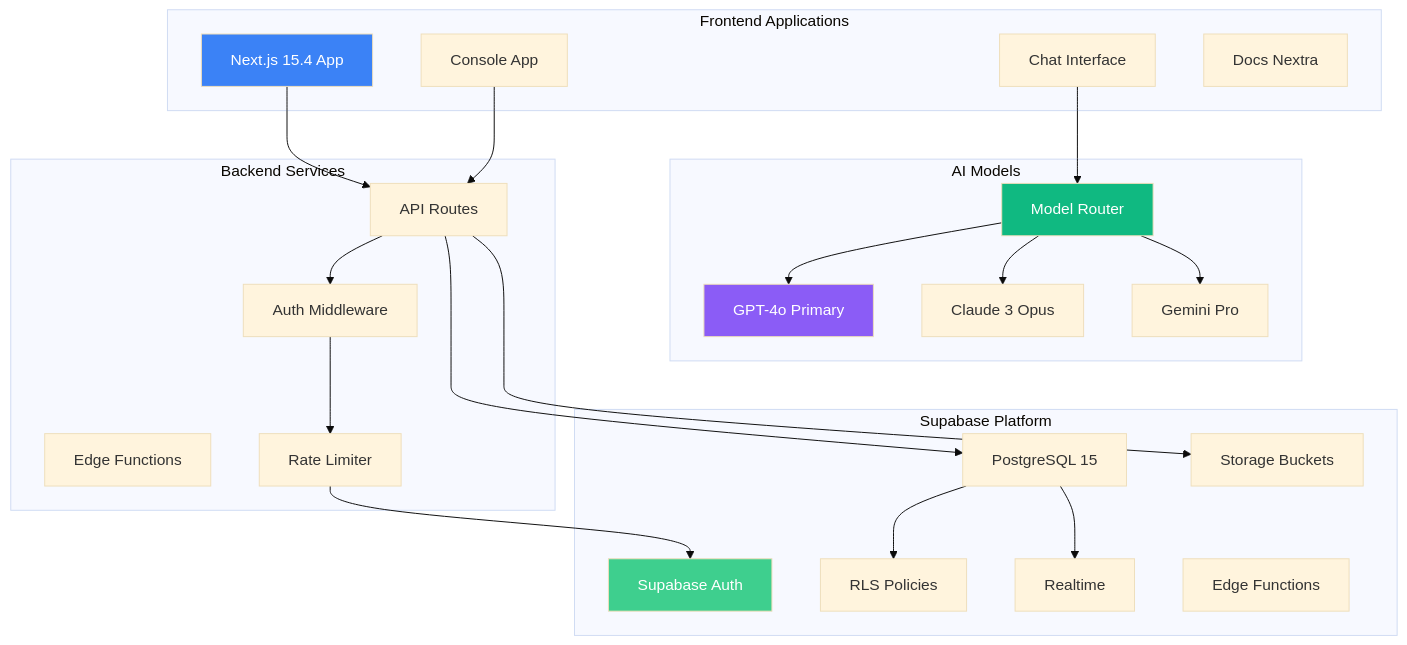
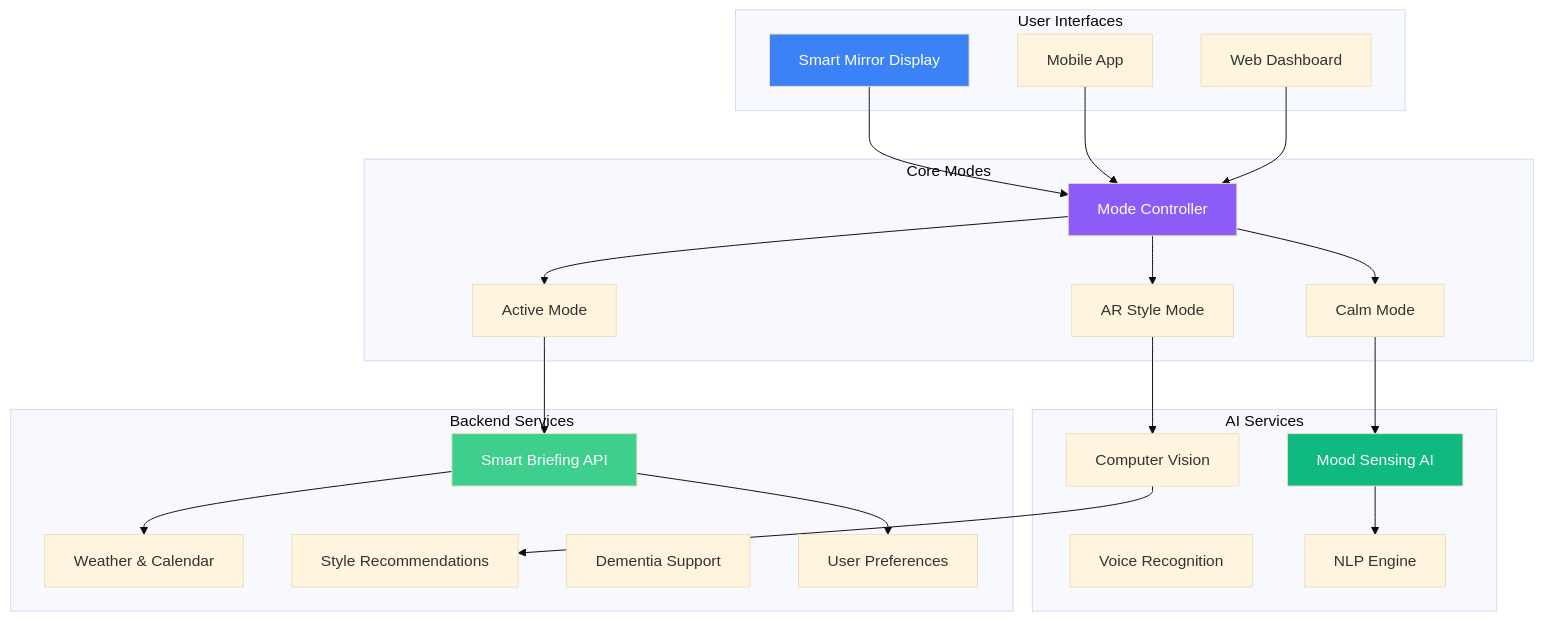
One commit to identity-wael/REFLEKT changed the diagram in docs-nextra/src/content/console/index.mdx. Above: the diagram before and after it, drawn with Mermaid (base theme). The commit also changed other lines of this file and 43 other files, not shown here.

First line of the commit message:
docs(nextra): update documentation to reflect smart mirror project

````diff
--- a/docs-nextra/src/content/console/index.mdx
+++ b/docs-nextra/src/content/console/index.mdx
@@ -32,54 +32,52 @@
 ```mermaid
 flowchart TB
-    subgraph "Frontend Applications"
-        A1[Next.js 15.4 App]
-        A2[Chat Interface]
-        A3[Console App]
-        A4[Docs Nextra]
+    subgraph "User Interfaces"
+        A1[Smart Mirror Display]
+        A2[Mobile App]
+        A3[Web Dashboard]
     end
 
-    subgraph "AI Models"
-        B1[GPT-4o Primary]
-        B2[Claude 3 Opus]
-        B3[Gemini Pro]
-        B4[Model Router]
+    subgraph "Core Modes"
+        B1[Calm Mode]
+        B2[Active Mode]
+        B3[AR Style Mode]
+        B4[Mode Controller]
+    end
+
+    subgraph "AI Services"
+        C1[Mood Sensing AI]
+        C2[Voice Recognition]
+        C3[Computer Vision]
+        C4[NLP Engine]
     end
 
     subgraph "Backend Services"
-        C1[API Routes]
-        C2[Edge Functions]
-        C3[Auth Middleware]
-        C4[Rate Limiter]
+        D1[Smart Briefing API]
+        D2[Weather & Calendar]
+        D3[Style Recommendations]
+        D4[Dementia Support]
+        D5[User Preferences]
     end
 
-    subgraph "Supabase Platform"
-        D1[Supabase Auth]
-        D2[PostgreSQL 15]
-        D3[RLS Policies]
-        D4[Storage Buckets]
-        D5[Realtime]
-        D6[Edge Functions]
-    end
-
-    A1 --> C1
+    A1 --> B4
     A2 --> B4
-    A3 --> C1
+    A3 --> B4
 
     B4 --> B1
     B4 --> B2
     B4 --> B3
 
-    C1 --> C3
-    C3 --> C4
-    C4 --> D1
+    B1 --> C1
+    B2 --> D1
+    B3 --> C3
 
-    C1 --> D2
-    D2 --> D3
-    C1 --> D4
-    D2 --> D5
+    C1 --> C4
+    D1 --> D2
+    D1 --> D5
+    C3 --> D3
 
     style A1 fill:#3B82F6,color:#ffffff
-    style B1 fill:#8B5CF6,color:#ffffff
-    style B4 fill:#10B981,color:#ffffff
+    style B4 fill:#8B5CF6,color:#ffffff
+    style C1 fill:#10B981,color:#ffffff
     style D1 fill:#3ECF8E,color:#ffffff
 ```
````
